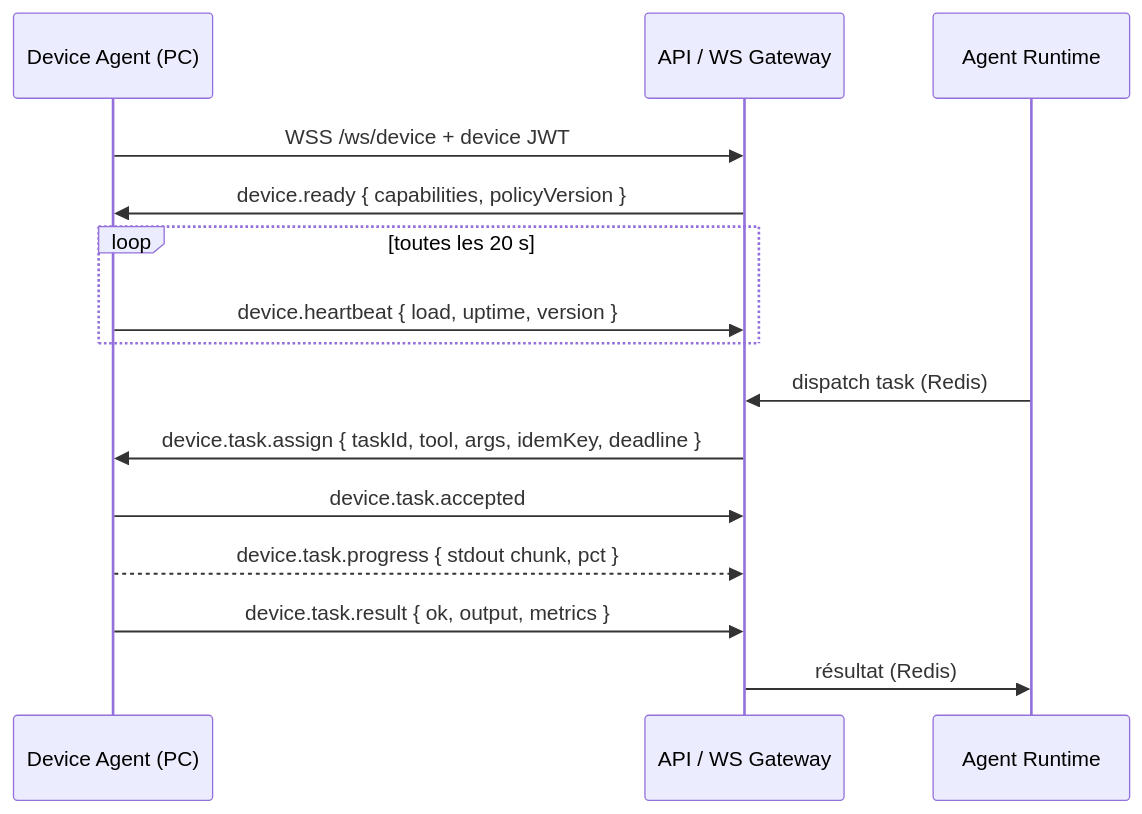
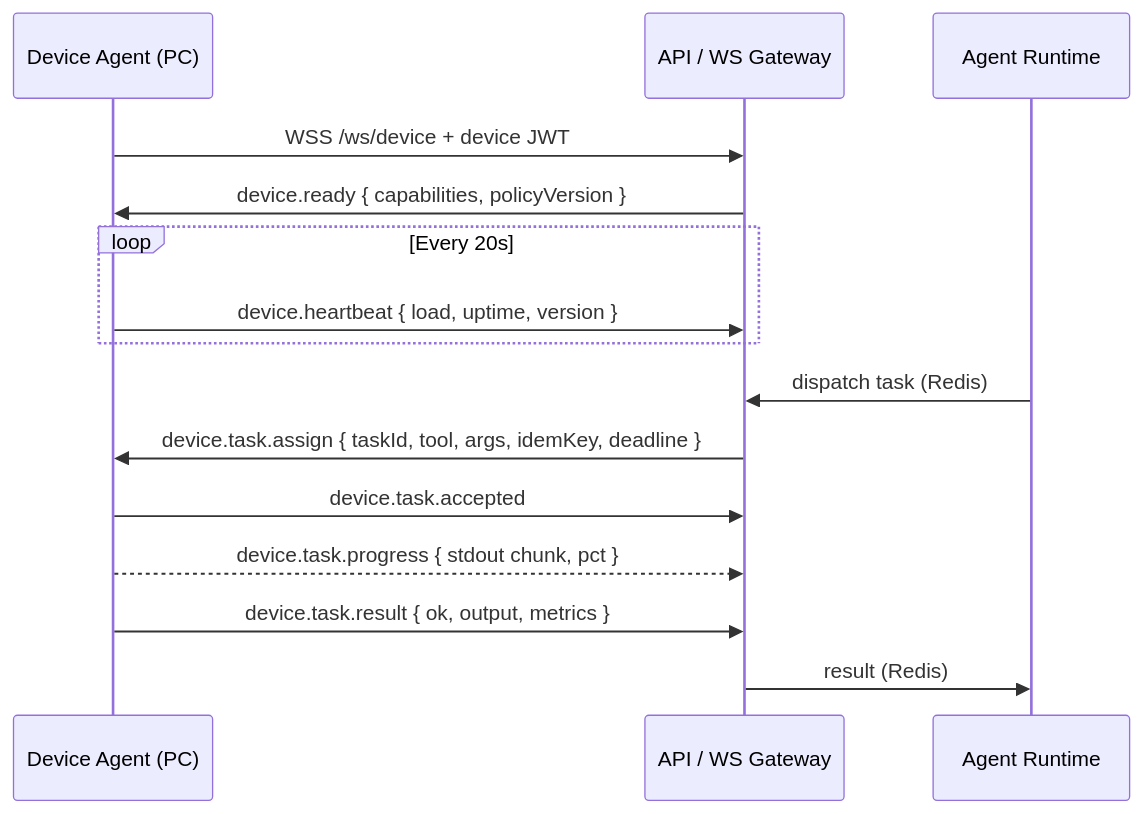
The diagram in docs/architecture/06-devices.md (adlanehzx/Nexus), drawn with Mermaid before and after one commit. The commit also changed other lines of this file and 44 other files, not shown here.

````diff
--- a/docs/architecture/06-devices.md
+++ b/docs/architecture/06-devices.md
@@ -13,17 +13,17 @@
 ```mermaid
 sequenceDiagram
   participant DA as Device Agent (PC)
   participant API as API / WS Gateway
   participant WK as Agent Runtime
   DA->>API: WSS /ws/device + device JWT
   API->>DA: device.ready { capabilities, policyVersion }
-  loop toutes les 20 s
+  loop Every 20s
     DA->>API: device.heartbeat { load, uptime, version }
   end
   WK->>API: dispatch task (Redis)
   API->>DA: device.task.assign { taskId, tool, args, idemKey, deadline }
   DA->>API: device.task.accepted
   DA-->>API: device.task.progress { stdout chunk, pct }
   DA->>API: device.task.result { ok, output, metrics }
-  API->>WK: résultat (Redis)
+  API->>WK: result (Redis)
 ```
````
